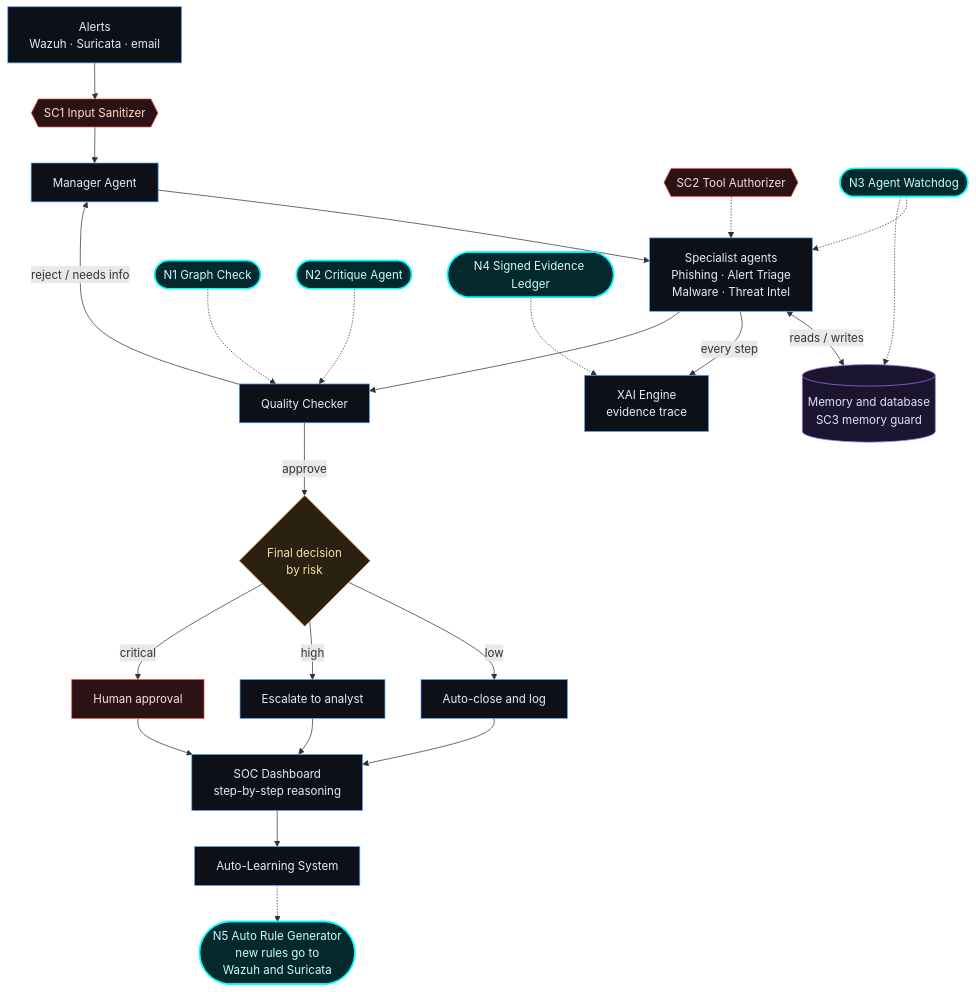
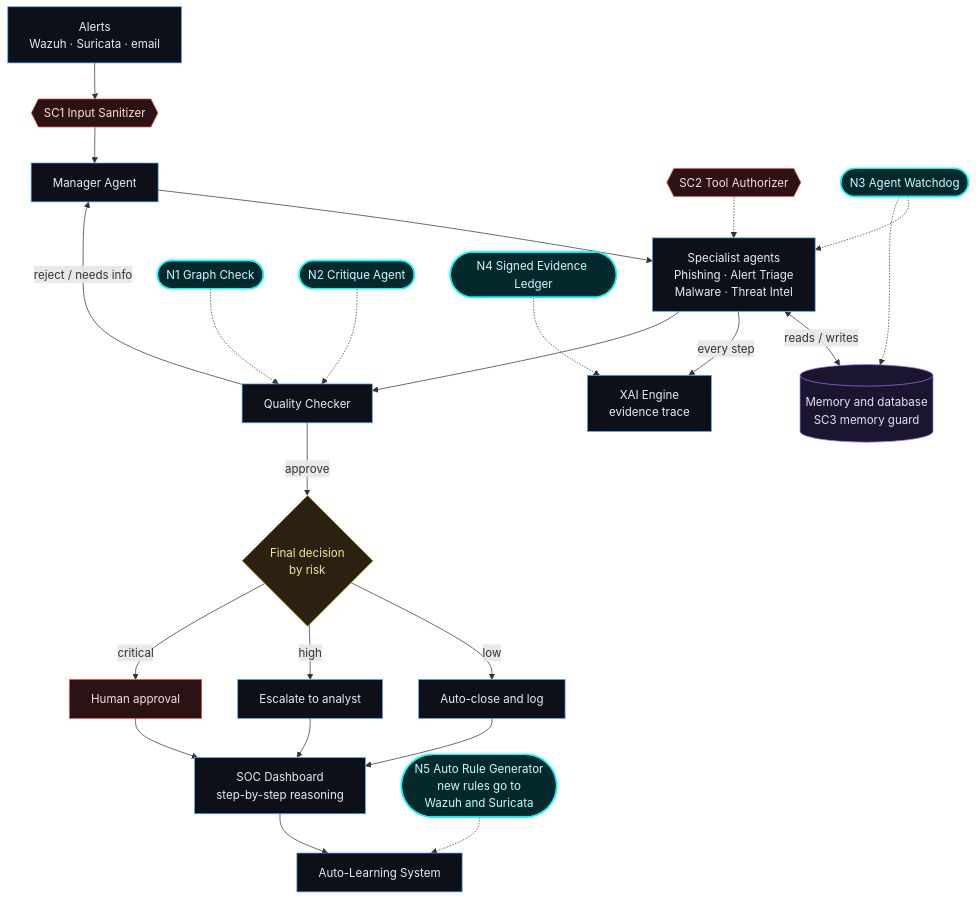
One commit to CYSECPRP/SecureAgent-SOC changed the first of 7 diagrams in README.md. Above: the diagram before and after it, drawn with Mermaid. The commit also changed other lines of this file, not shown here.

Commit message:
Fix sequence diagram rendering and tidy README tables

````diff
--- a/README.md
+++ b/README.md
@@ -66,35 +66,35 @@
 ```mermaid
 flowchart TB
     SRC["Alerts<br/>Wazuh · Suricata · email"] --> SC1{{"SC1 Input Sanitizer"}}
     SC1 --> MGR["Manager Agent"]
     MGR --> SPEC["Specialist agents<br/>Phishing · Alert Triage<br/>Malware · Threat Intel"]
     SC2{{"SC2 Tool Authorizer"}} -.-> SPEC
     SPEC <-->|"reads / writes"| MEM[("Memory and database<br/>SC3 memory guard")]
     SPEC -->|"every step"| XAI["XAI Engine<br/>evidence trace"]
     SPEC --> QC["Quality Checker"]
     QC -->|"reject / needs info"| MGR
     QC -->|"approve"| DEC{"Final decision<br/>by risk"}
     DEC -->|"low"| LOW["Auto-close and log"]
     DEC -->|"high"| HIGH["Escalate to analyst"]
     DEC -->|"critical"| GATE["Human approval"]
     LOW & HIGH & GATE --> DASH["SOC Dashboard<br/>step-by-step reasoning"]
     DASH --> LEARN["Auto-Learning System"]
 
     N1(["N1 Graph Check"]) -.-> QC
     N2(["N2 Critique Agent"]) -.-> QC
     N3(["N3 Agent Watchdog"]) -.-> SPEC
     N3 -.-> MEM
     N4(["N4 Signed Evidence Ledger"]) -.-> XAI
-    LEARN -.-> N5(["N5 Auto Rule Generator<br/>new rules go to<br/>Wazuh and Suricata"])
+    N5(["N5 Auto Rule Generator<br/>new rules go to<br/>Wazuh and Suricata"]) -.-> LEARN
 
     classDef base fill:#0d1117,stroke:#58a6ff,color:#e6edf3
     classDef control fill:#2a1215,stroke:#f85149,color:#ffdcd7
     classDef decision fill:#2a2110,stroke:#d29922,color:#f8e3a1
     classDef store fill:#1b1530,stroke:#a371f7,color:#e6dcff
     classDef newm fill:#04292c,stroke:#00ffff,stroke-width:2px,color:#ccfbff
     class SRC,MGR,SPEC,QC,LOW,HIGH,DASH,LEARN,XAI base
     class SC1,SC2,GATE control
     class DEC decision
     class MEM store
     class N1,N2,N3,N4,N5 newm
 ```
````
